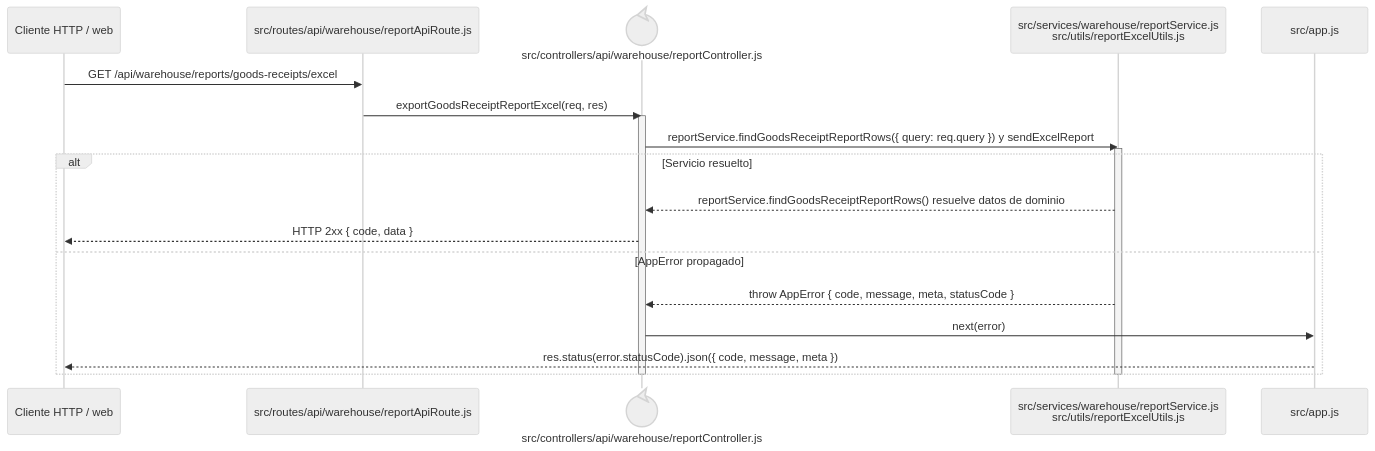
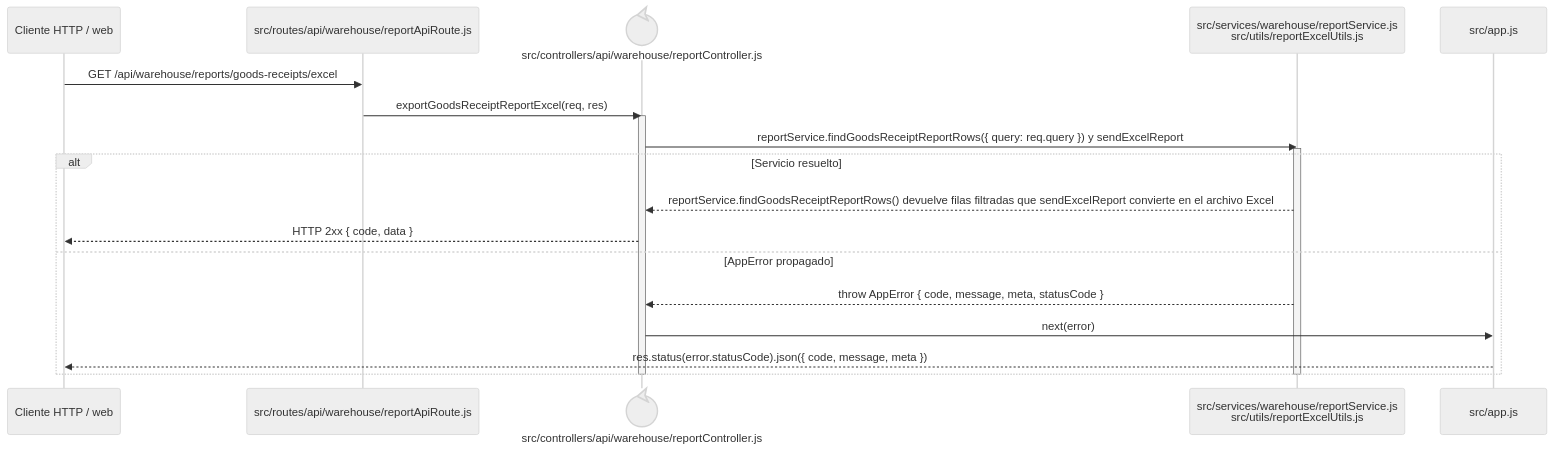
One commit to gpgsistemas01/nexus changed the diagram in docs/architecture/backend-code-sequences/purchases/cu-ent-06.md. Above: the diagram before and after it, drawn with Mermaid (neutral theme). The commit also changed 102 other files, not shown here.

````diff
--- a/docs/architecture/backend-code-sequences/purchases/cu-ent-06.md
+++ b/docs/architecture/backend-code-sequences/purchases/cu-ent-06.md
@@ -6,24 +6,24 @@
 ```mermaid
 sequenceDiagram
     participant Client as Cliente HTTP / web
     participant Route as src/routes/api/warehouse/reportApiRoute.js
     participant Controller@{ "type": "control" } as src/controllers/api/warehouse/reportController.js
     participant Domain as src/services/warehouse/reportService.js<br/>src/utils/reportExcelUtils.js
     participant ErrorHandler as src/app.js
 
     Client->>Route: GET /api/warehouse/reports/goods-receipts/excel
     Route->>Controller: exportGoodsReceiptReportExcel(req, res)
     activate Controller
     Controller->>Domain: reportService.findGoodsReceiptReportRows({ query: req.query }) y sendExcelReport
     activate Domain
     alt Servicio resuelto
-        Domain-->>Controller: reportService.findGoodsReceiptReportRows() resuelve datos de dominio
+        Domain-->>Controller: reportService.findGoodsReceiptReportRows() devuelve filas filtradas que sendExcelReport convierte en el archivo Excel
         Controller-->>Client: HTTP 2xx { code, data }
     else AppError propagado
         Domain-->>Controller: throw AppError { code, message, meta, statusCode }
         Controller->>ErrorHandler: next(error)
         ErrorHandler-->>Client: res.status(error.statusCode).json({ code, message, meta })
     end
     deactivate Domain
     deactivate Controller
 ```
````
